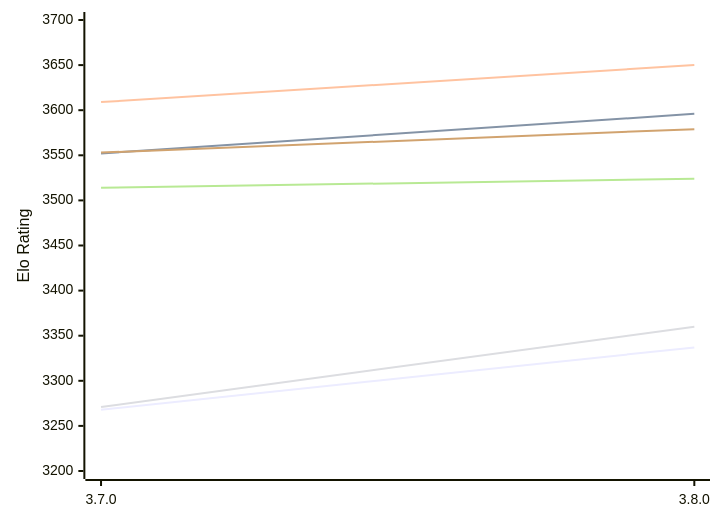
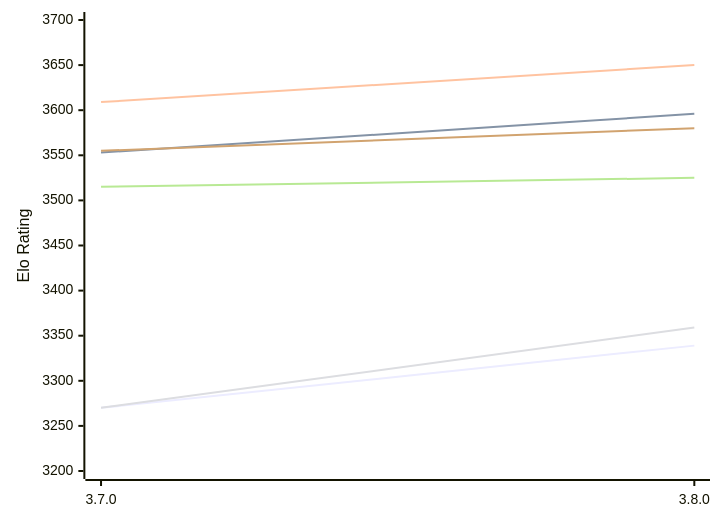
Before and after one commit to computer-chess-index/cci: the first of 2 diagrams in engines/Igel.md, drawn with Mermaid. The commit also changed other lines of this file, not shown here.

Commit message:
Update CCI Ratings (ELO VLTC) - 2026-11-17

````diff
--- a/engines/Igel.md
+++ b/engines/Igel.md
@@ -51,12 +51,12 @@
 ```mermaid
 %%{init: {"theme":"base","themeVariables":{"seriesColors:['#a3a3a3','#222221','#faa371']}}}%%
 xychart-beta
   x-axis ["3.7.0", "3.8.0"]
   y-axis "Elo Rating" 3200 --> 3700
-  line "E1: STC (8.0+0.08s)" [3268, 3337]
-  line "E1: LTC (60.0+0.60s)" [3552, 3596]
+  line "E1: STC (8.0+0.08s)" [3270, 3339]
+  line "E1: LTC (60.0+0.60s)" [3553, 3596]
   line "E1: VLTC (2m24s+1.12s)" [3609, 3650]
-  line "P1: STC (8.0+0.08s)" [3271, 3360]
-  line "P1: LTC (60.0+0.60s)" [3514, 3524]
-  line "P1: VLTC (2m24s+1.12s)" [3553, 3579]
+  line "P1: STC (8.0+0.08s)" [3270, 3359]
+  line "P1: LTC (60.0+0.60s)" [3515, 3525]
+  line "P1: VLTC (2m24s+1.12s)" [3555, 3580]
 ```
````
